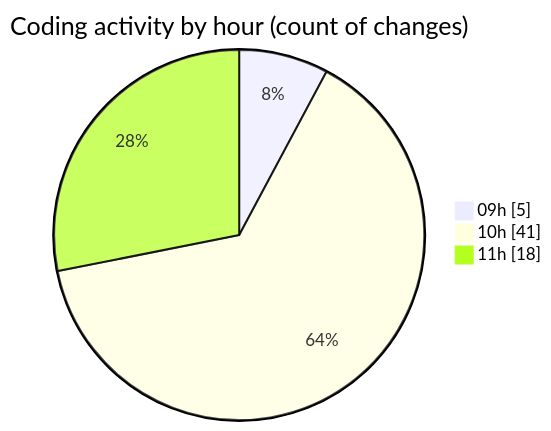
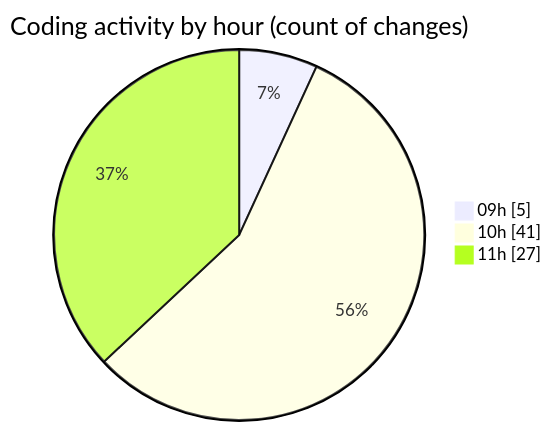
The second of 2 diagrams in 2026-04-27/cda/README.md (momahboobian/code-tracking), drawn with Mermaid before and after one commit. The commit also changed other lines of this file and 1 other file, not shown here.

````diff
--- a/2026-04-27/cda/README.md
+++ b/2026-04-27/cda/README.md
@@ -41,7 +45,7 @@
 ```mermaid
 pie showData
 title Coding activity by hour (count of changes)
 "09h" : 5
 "10h" : 41
-"11h" : 18
+"11h" : 27
 ```
````
